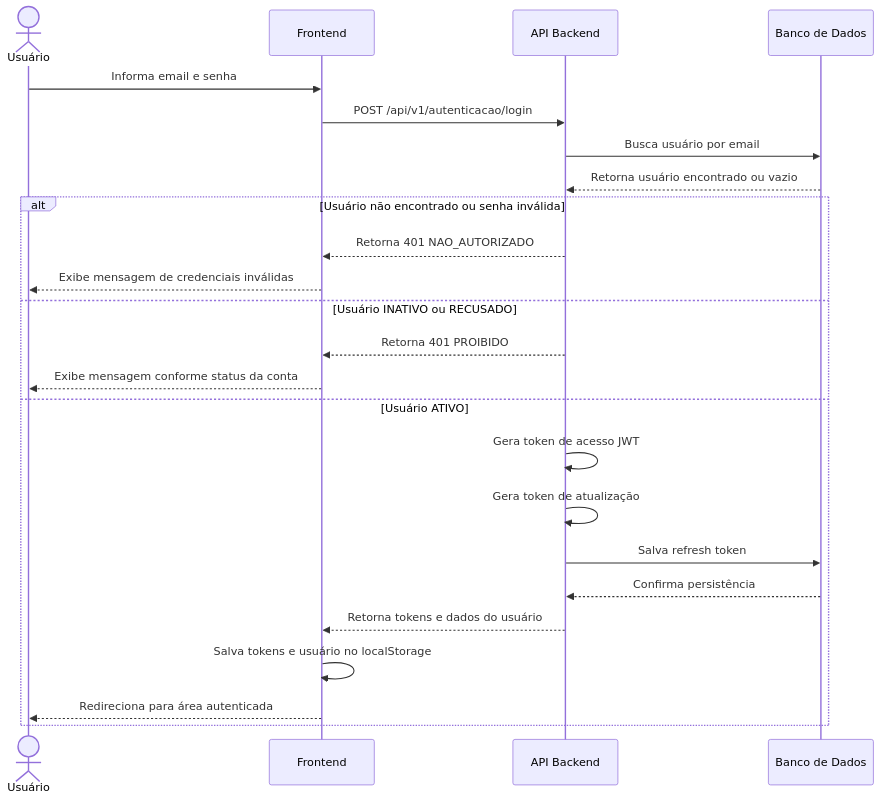
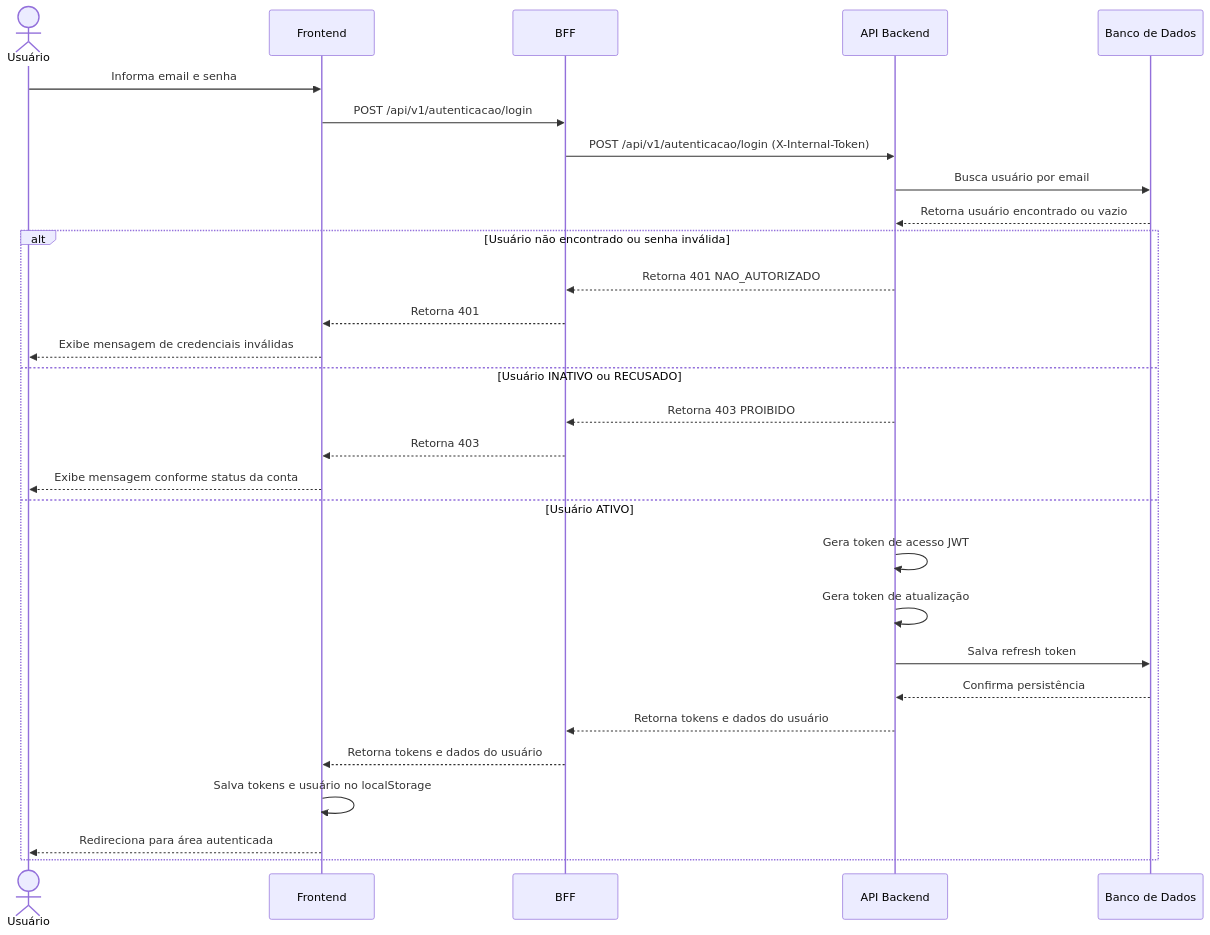
One commit to fga-eps-mds/2026-1-AnatoQuizUp-Doc changed the fourth of 8 diagrams in docs/arquitetura/visoes/processos.md. Above: the diagram before and after it, drawn with Mermaid. The commit also changed other lines of this file and 14 other files, not shown here.

````diff
--- a/docs/arquitetura/visoes/processos.md
+++ b/docs/arquitetura/visoes/processos.md
@@ -86,28 +98,33 @@
 ```mermaid
 sequenceDiagram
     actor Usuario as Usuário
     participant Frontend
+    participant BFF
     participant Backend as API Backend
     participant Banco as Banco de Dados
 
     Usuario->>Frontend: Informa email e senha
-    Frontend->>Backend: POST /api/v1/autenticacao/login
+    Frontend->>BFF: POST /api/v1/autenticacao/login
+    BFF->>Backend: POST /api/v1/autenticacao/login (X-Internal-Token)
     Backend->>Banco: Busca usuário por email
     Banco-->>Backend: Retorna usuário encontrado ou vazio
 
     alt Usuário não encontrado ou senha inválida
-        Backend-->>Frontend: Retorna 401 NAO_AUTORIZADO
+        Backend-->>BFF: Retorna 401 NAO_AUTORIZADO
+        BFF-->>Frontend: Retorna 401
         Frontend-->>Usuario: Exibe mensagem de credenciais inválidas
     else Usuário INATIVO ou RECUSADO
-        Backend-->>Frontend: Retorna 401 PROIBIDO
+        Backend-->>BFF: Retorna 403 PROIBIDO
+        BFF-->>Frontend: Retorna 403
         Frontend-->>Usuario: Exibe mensagem conforme status da conta
     else Usuário ATIVO
         Backend->>Backend: Gera token de acesso JWT
         Backend->>Backend: Gera token de atualização
         Backend->>Banco: Salva refresh token
         Banco-->>Backend: Confirma persistência
-        Backend-->>Frontend: Retorna tokens e dados do usuário
+        Backend-->>BFF: Retorna tokens e dados do usuário
+        BFF-->>Frontend: Retorna tokens e dados do usuário
         Frontend->>Frontend: Salva tokens e usuário no localStorage
         Frontend-->>Usuario: Redireciona para área autenticada
     end
 ```
````
